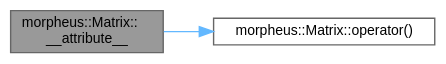
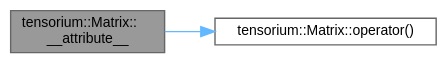
One commit to TensoriumCore/Tensorium_lib changed the diagram in docs/classmorpheus_1_1Matrix_af65ec12455850c160e0ac8095964c97a_cgraph.dot. Above: the diagram before and after it, drawn with Graphviz. The commit also changed 3640 other files, not shown here.

```diff
--- a/docs/classmorpheus_1_1Matrix_af65ec12455850c160e0ac8095964c97a_cgraph.dot
+++ b/docs/classmorpheus_1_1Matrix_af65ec12455850c160e0ac8095964c97a_cgraph.dot
@@ -1,11 +1,11 @@
-digraph "morpheus::Matrix::__attribute__"
+digraph "tensorium::Matrix::__attribute__"
 {
  // LATEX_PDF_SIZE
   bgcolor="transparent";
   edge [fontname=Helvetica,fontsize=10,labelfontname=Helvetica,labelfontsize=10];
   node [fontname=Helvetica,fontsize=10,shape=box,height=0.2,width=0.4];
   rankdir="LR";
-  Node1 [id="Node000001",label="morpheus::Matrix::\l__attribute__",height=0.2,width=0.4,color="gray40", fillcolor="grey60", style="filled", fontcolor="black",tooltip="Returns the transpose  of the matrix."];
+  Node1 [id="Node000001",label="tensorium::Matrix::\l__attribute__",height=0.2,width=0.4,color="gray40", fillcolor="grey60", style="filled", fontcolor="black",tooltip="Returns the transpose  of the matrix."];
   Node1 -> Node2 [id="edge1_Node000001_Node000002",color="steelblue1",style="solid",tooltip=" "];
-  Node2 [id="Node000002",label="morpheus::Matrix::operator()",height=0.2,width=0.4,color="grey40", fillcolor="white", style="filled",URL="$classmorpheus_1_1Matrix.html#ad522ddc1c4cd3037496211d01275168a",tooltip="Element access (mutable)"];
+  Node2 [id="Node000002",label="tensorium::Matrix::operator()",height=0.2,width=0.4,color="grey40", fillcolor="white", style="filled",URL="$classtensorium_1_1Matrix.html#ad522ddc1c4cd3037496211d01275168a",tooltip="Element access (mutable)"];
 }
```
